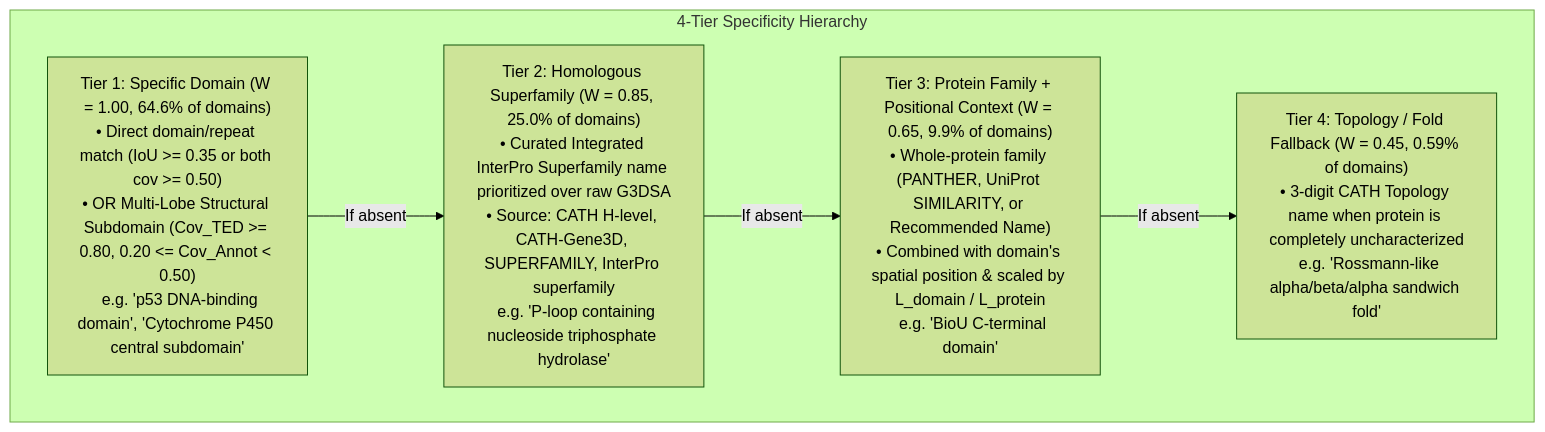
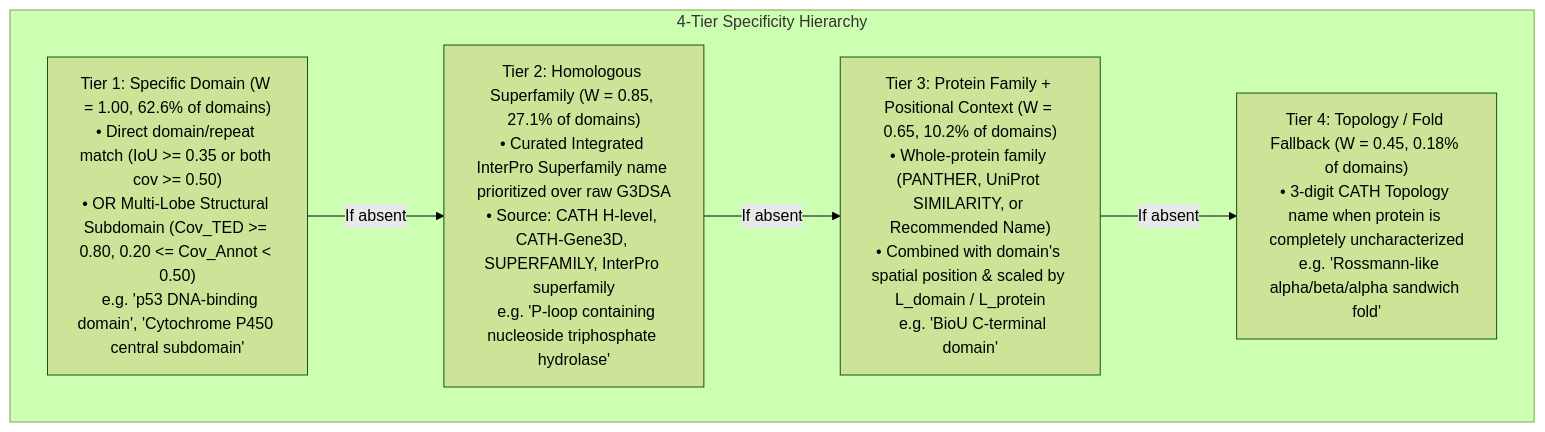
One commit to KarelBerka/TED-namer changed the second of 2 diagrams in docs/NAMING_PROCESS.md. Above: the diagram before and after it, drawn with Mermaid (forest theme). The commit also changed other lines of this file and 12 other files, not shown here.

Commit message:
feat: expand benchmark to 100,000 TED domains (10x 10k deciles) and update statistical validation & JOSS paper

````diff
--- a/docs/NAMING_PROCESS.md
+++ b/docs/NAMING_PROCESS.md
@@ -144,12 +144,12 @@
 ```mermaid
 graph TB
     subgraph Tiers["4-Tier Specificity Hierarchy"]
-        T1["Tier 1: Specific Domain (W = 1.00, 64.6% of domains)\n• Direct domain/repeat match (IoU >= 0.35 or both cov >= 0.50)\n• OR Multi-Lobe Structural Subdomain (Cov_TED >= 0.80, 0.20 <= Cov_Annot < 0.50)\n  e.g. 'p53 DNA-binding domain', 'Cytochrome P450 central subdomain'"]
-        T2["Tier 2: Homologous Superfamily (W = 0.85, 25.0% of domains)\n• Curated Integrated InterPro Superfamily name prioritized over raw G3DSA\n• Source: CATH H-level, CATH-Gene3D, SUPERFAMILY, InterPro superfamily\n  e.g. 'P-loop containing nucleoside triphosphate hydrolase'"]
-        T3["Tier 3: Protein Family + Positional Context (W = 0.65, 9.9% of domains)\n• Whole-protein family (PANTHER, UniProt SIMILARITY, or Recommended Name)\n• Combined with domain's spatial position & scaled by L_domain / L_protein\n  e.g. 'BioU C-terminal domain'"]
-        T4["Tier 4: Topology / Fold Fallback (W = 0.45, 0.59% of domains)\n• 3-digit CATH Topology name when protein is completely uncharacterized\n  e.g. 'Rossmann-like alpha/beta/alpha sandwich fold'"]
+        T1["Tier 1: Specific Domain (W = 1.00, 62.6% of domains)\n• Direct domain/repeat match (IoU >= 0.35 or both cov >= 0.50)\n• OR Multi-Lobe Structural Subdomain (Cov_TED >= 0.80, 0.20 <= Cov_Annot < 0.50)\n  e.g. 'p53 DNA-binding domain', 'Cytochrome P450 central subdomain'"]
+        T2["Tier 2: Homologous Superfamily (W = 0.85, 27.1% of domains)\n• Curated Integrated InterPro Superfamily name prioritized over raw G3DSA\n• Source: CATH H-level, CATH-Gene3D, SUPERFAMILY, InterPro superfamily\n  e.g. 'P-loop containing nucleoside triphosphate hydrolase'"]
+        T3["Tier 3: Protein Family + Positional Context (W = 0.65, 10.2% of domains)\n• Whole-protein family (PANTHER, UniProt SIMILARITY, or Recommended Name)\n• Combined with domain's spatial position & scaled by L_domain / L_protein\n  e.g. 'BioU C-terminal domain'"]
+        T4["Tier 4: Topology / Fold Fallback (W = 0.45, 0.18% of domains)\n• 3-digit CATH Topology name when protein is completely uncharacterized\n  e.g. 'Rossmann-like alpha/beta/alpha sandwich fold'"]
     end
     T1 -->|If absent| T2
     T2 -->|If absent| T3
     T3 -->|If absent| T4
 ```
````
